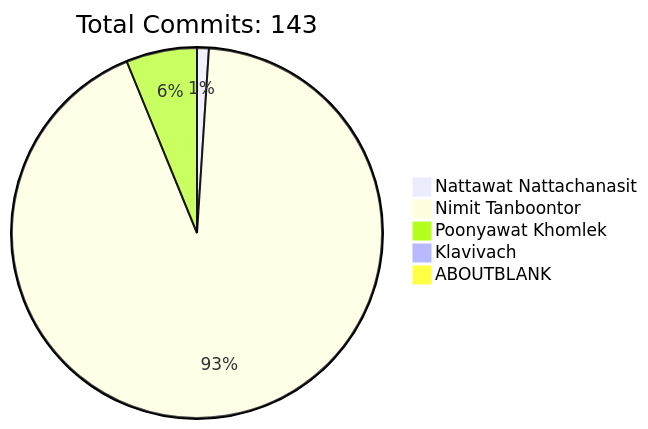
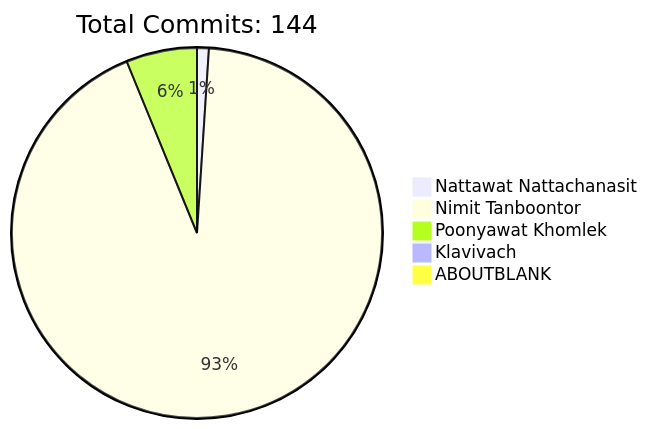
The diagram in README.md (HLLC-MFU/HLLC-2025), drawn with Mermaid before and after one commit. The commit also changed other lines of this file, not shown here.

````diff
--- a/README.md
+++ b/README.md
@@ -170,9 +170,9 @@
 ```mermaid
 pie
-    title Total Commits: 143
+    title Total Commits: 144
     "Nattawat Nattachanasit" : 1
     "Nimit Tanboontor" : 90
     "Poonyawat Khomlek" : 6
     "Klavivach" : 0
     "ABOUTBLANK" : 0
 ```
````
